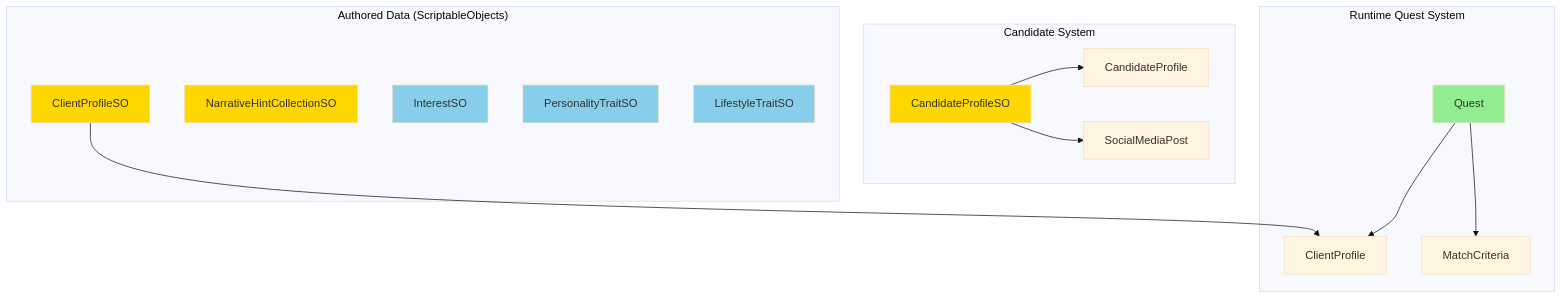
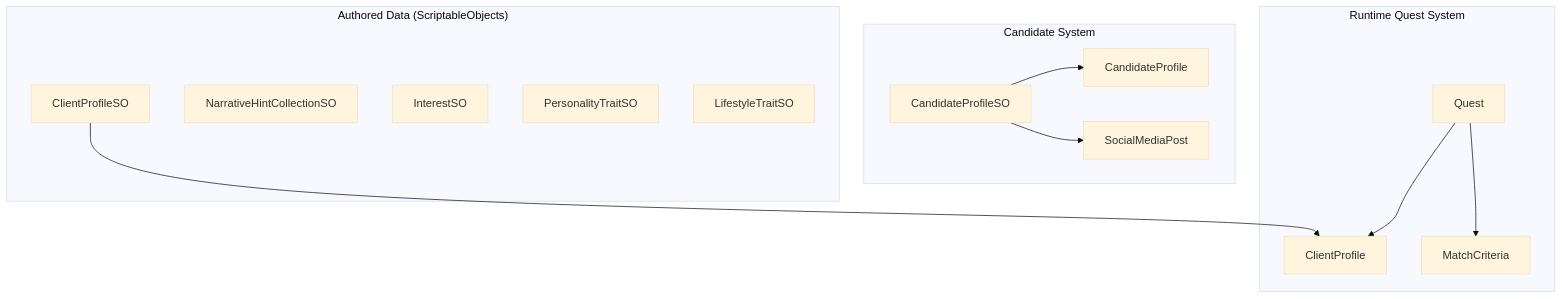
Before and after one commit to ben3683914/maskhot: the first of 11 diagrams in ARCHITECTURE_DIAGRAMS.md, drawn with Mermaid (base theme). The commit also changed other lines of this file, not shown here.

Commit message:
remove colors from mermaid

````diff
--- a/ARCHITECTURE_DIAGRAMS.md
+++ b/ARCHITECTURE_DIAGRAMS.md
@@ -9,36 +9,29 @@
 ```mermaid
 graph TB
     subgraph "Runtime Quest System"
         Quest[Quest]
         Client[ClientProfile]
         Criteria[MatchCriteria]
     end
 
     subgraph "Candidate System"
         CandidateSO[CandidateProfileSO]
         Candidate[CandidateProfile]
         Post[SocialMediaPost]
     end
 
     subgraph "Authored Data (ScriptableObjects)"
         ClientSO[ClientProfileSO]
         Hints[NarrativeHintCollectionSO]
         Interest[InterestSO]
         Personality[PersonalityTraitSO]
         Lifestyle[LifestyleTraitSO]
     end
 
     Quest --> Client
     Quest --> Criteria
     ClientSO --> Client
     CandidateSO --> Candidate
     CandidateSO --> Post
 
-    style Quest fill:#90EE90
-    style ClientSO fill:#FFD700
-    style CandidateSO fill:#FFD700
-    style Hints fill:#FFD700
-    style Interest fill:#87CEEB
-    style Personality fill:#87CEEB
-    style Lifestyle fill:#87CEEB
 ```
````
